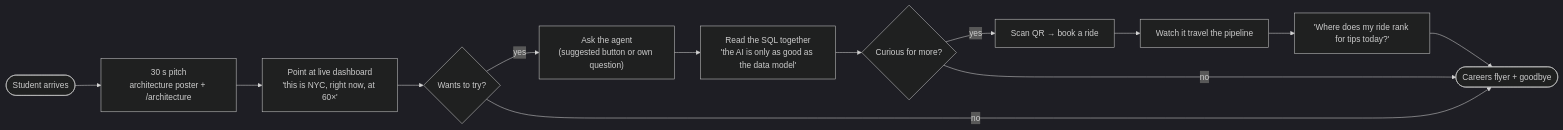
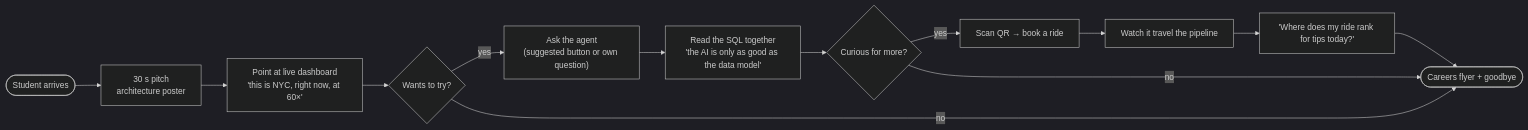
The ninth of 12 diagrams in docs/DIAGRAMS.md (VasileBordeiA/aod_dateEngineering), drawn with Mermaid (dark theme) before and after one commit. The commit also changed other lines of this file and 12 other files, not shown here.

Commit message:
docs: drop M5 (soak, chaos drills, preflight, /architecture); pre-event testing is manual (ADR-021)

````diff
--- a/docs/DIAGRAMS.md
+++ b/docs/DIAGRAMS.md
@@ -367,15 +367,15 @@
 ```mermaid
 flowchart LR
-    arrive([Student arrives]) --> pitch["30 s pitch<br/>architecture poster + /architecture"]
+    arrive([Student arrives]) --> pitch["30 s pitch<br/>architecture poster"]
     pitch --> dash["Point at live dashboard<br/>'this is NYC, right now, at 60×'"]
     dash --> ask{"Wants to try?"}
     ask -- yes --> agent["Ask the agent<br/>(suggested button or own question)"]
     agent --> sql["Read the SQL together<br/>'the AI is only as good as the data model'"]
     sql --> ride{"Curious for more?"}
     ride -- yes --> qr["Scan QR → book a ride"]
     qr --> trace["Watch it travel the pipeline"]
     trace --> rank["'Where does my ride rank for tips today?'"]
     rank --> bye
     ride -- no --> bye([Careers flyer + goodbye])
     ask -- no --> bye
 ```
````
